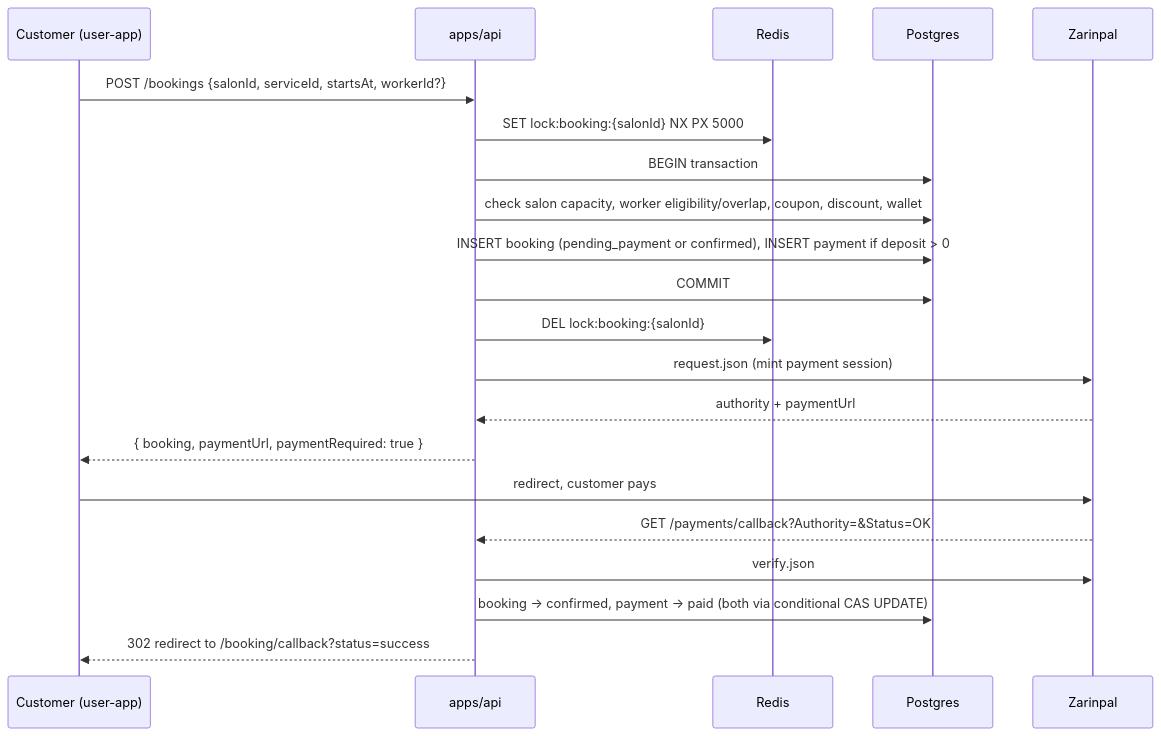
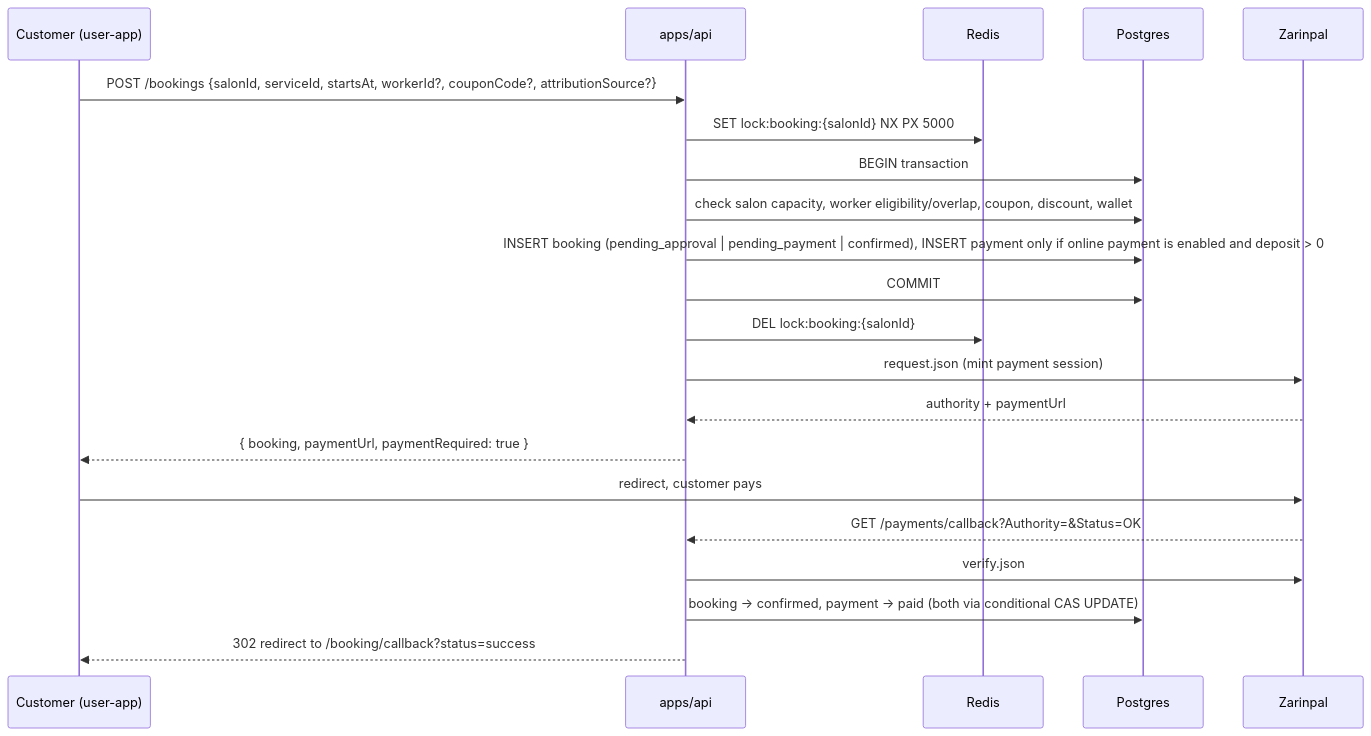
Before and after one commit to AmirHo3sein/gheychi: the third of 3 diagrams in docs/technical-overview/02-system-architecture.md, drawn with Mermaid. The commit also changed other lines of this file and 41 other files, not shown here.

````diff
--- a/docs/technical-overview/02-system-architecture.md
+++ b/docs/technical-overview/02-system-architecture.md
@@ -128,24 +132,24 @@
 ```mermaid
 sequenceDiagram
     participant U as Customer (user-app)
     participant API as apps/api
     participant R as Redis
     participant DB as Postgres
     participant ZP as Zarinpal
 
-    U->>API: POST /bookings {salonId, serviceId, startsAt, workerId?}
+    U->>API: POST /bookings {salonId, serviceId, startsAt, workerId?, couponCode?, attributionSource?}
     API->>R: SET lock:booking:{salonId} NX PX 5000
     API->>DB: BEGIN transaction
     API->>DB: check salon capacity, worker eligibility/overlap, coupon, discount, wallet
-    API->>DB: INSERT booking (pending_payment or confirmed), INSERT payment if deposit > 0
+    API->>DB: INSERT booking (pending_approval | pending_payment | confirmed), INSERT payment only if online payment is enabled and deposit > 0
     API->>DB: COMMIT
     API->>R: DEL lock:booking:{salonId}
     API->>ZP: request.json (mint payment session)
     ZP-->>API: authority + paymentUrl
     API-->>U: { booking, paymentUrl, paymentRequired: true }
     U->>ZP: redirect, customer pays
     ZP-->>API: GET /payments/callback?Authority=&Status=OK
     API->>ZP: verify.json
     API->>DB: booking -> confirmed, payment -> paid (both via conditional CAS UPDATE)
     API-->>U: 302 redirect to /booking/callback?status=success
 ```
````
